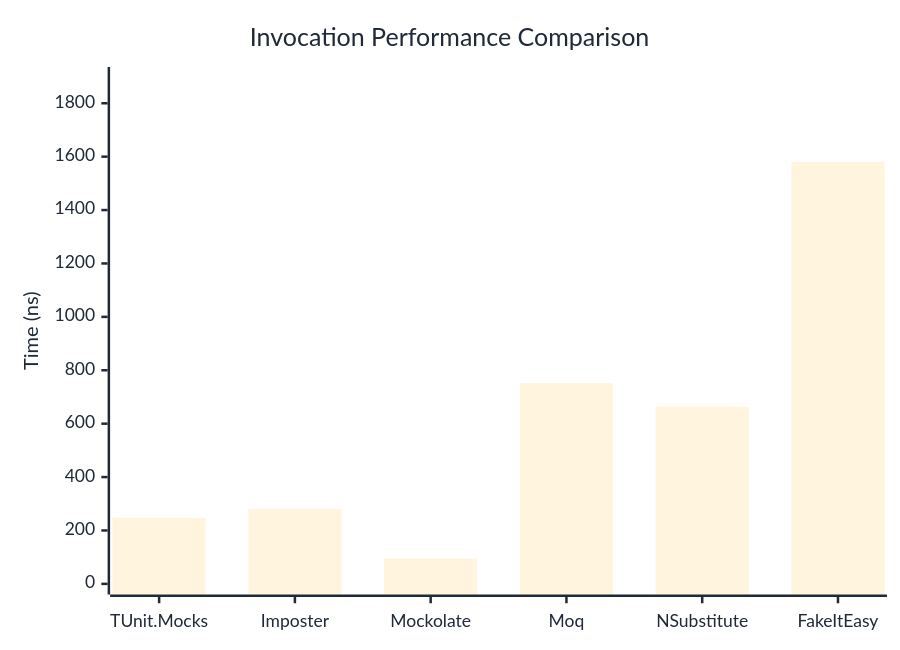
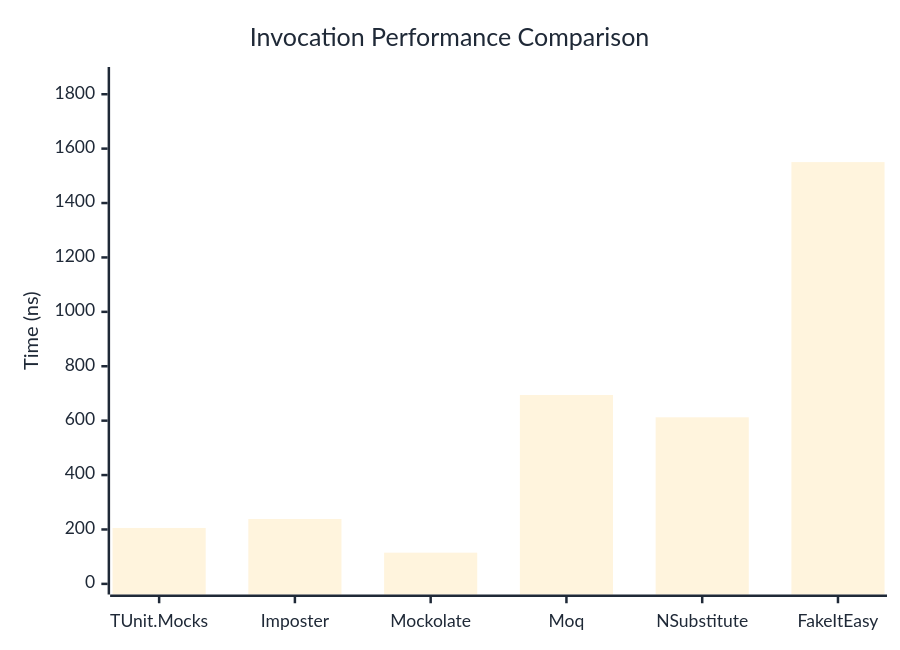
The first of 3 diagrams in docs/docs/benchmarks/mocks/Invocation.md (thomhurst/TUnit), drawn with Mermaid before and after one commit. The commit also changed other lines of this file and 14 other files, not shown here.

````diff
--- a/docs/docs/benchmarks/mocks/Invocation.md
+++ b/docs/docs/benchmarks/mocks/Invocation.md
@@ -28,27 +28,27 @@
 ```mermaid
 %%{init: {
   'theme':'base',
   'themeVariables': {
     'primaryColor': '#2563eb',
     'primaryTextColor': '#1f2937',
     'primaryBorderColor': '#1e40af',
     'lineColor': '#6b7280',
     'secondaryColor': '#7c3aed',
     'tertiaryColor': '#dc2626',
     'background': '#ffffff',
     'pie1': '#2563eb',
     'pie2': '#7c3aed',
     'pie3': '#dc2626',
     'pie4': '#f59e0b',
     'pie5': '#10b981',
     'pie6': '#06b6d4',
     'pie7': '#ec4899',
     'pie8': '#6366f1'
   }
 }}%%
 xychart-beta
   title "Invocation Performance Comparison"
   x-axis ["TUnit.Mocks", "Imposter", "Mockolate", "Moq", "NSubstitute", "FakeItEasy"]
-  y-axis "Time (ns)" 0 --> 1896
-  bar [246.76, 280.67, 94.58, 751.58, 663.39, 1579.88]
+  y-axis "Time (ns)" 0 --> 1861
+  bar [205.5, 238.53, 114.73, 694.27, 612.35, 1550.47]
 ```
````
